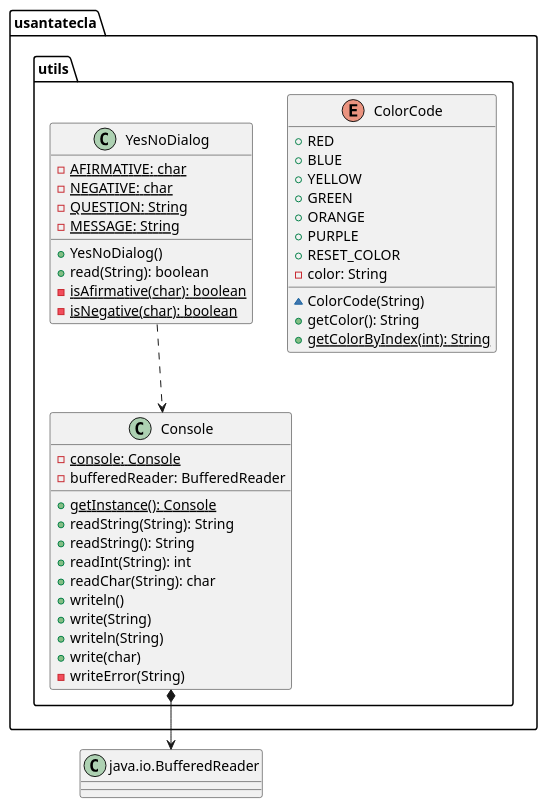
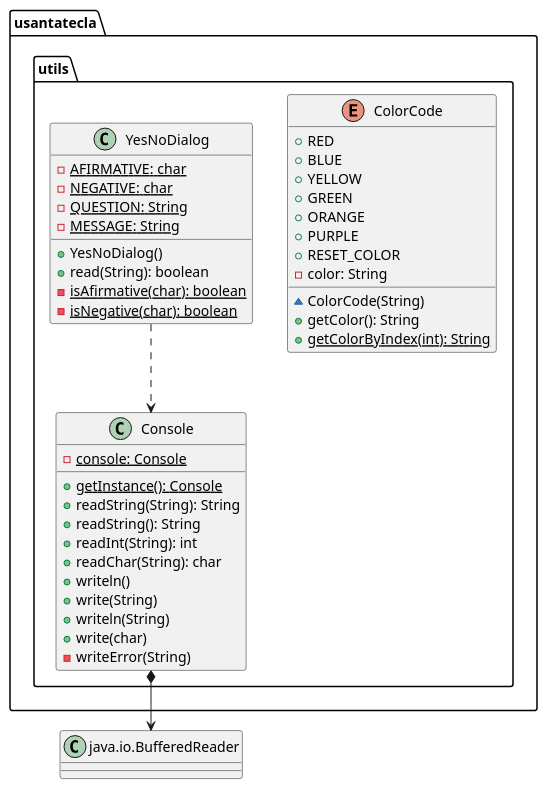
One commit to SantaTecla-mastermind/solution.java.swing.socket.sql changed the sixth of 6 diagrams in documentView/withFactoryMethod/docs/diagrams/src/paquetes.plantuml. Above: the diagram before and after it, drawn with PlantUML. The commit also changed 5 other files, not shown here.

Commit message:
Fix diagrams utils package

```diff
--- a/documentView/withFactoryMethod/docs/diagrams/src/paquetes.plantuml
+++ b/documentView/withFactoryMethod/docs/diagrams/src/paquetes.plantuml
@@ -421,45 +421,44 @@
 @startuml usantatecla.utils
 class BufferedReader as "java.io.BufferedReader"{}
 
 enum usantatecla.utils.ColorCode{
 + RED
 + BLUE
 + YELLOW
 + GREEN
 + ORANGE
 + PURPLE
 + RESET_COLOR
 - color: String
 ~ ColorCode(String)
 + getColor(): String
 + {static} getColorByIndex(int): String
 }
 
 class usantatecla.utils.Console{
 - {static} console: Console
-- bufferedReader: BufferedReader
 + {static} getInstance(): Console
 + readString(String): String
 + readString(): String
 + readInt(String): int
 + readChar(String): char
 + writeln()
 + write(String)
 + writeln(String)
 + write(char)
 - writeError(String)
 }
 usantatecla.utils.Console *-down-> BufferedReader
 
 class  usantatecla.utils.YesNoDialog{
 - {static} AFIRMATIVE: char
 - {static} NEGATIVE: char
 - {static} QUESTION: String
 - {static} MESSAGE: String
 + YesNoDialog()
 + read(String): boolean
 - {static} isAfirmative(char): boolean
 - {static} isNegative(char): boolean
 }
 usantatecla.utils.YesNoDialog ..> usantatecla.utils.Console
 @enduml
```
